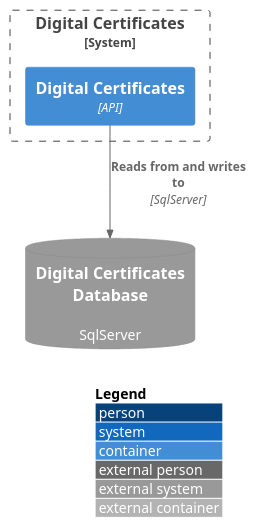
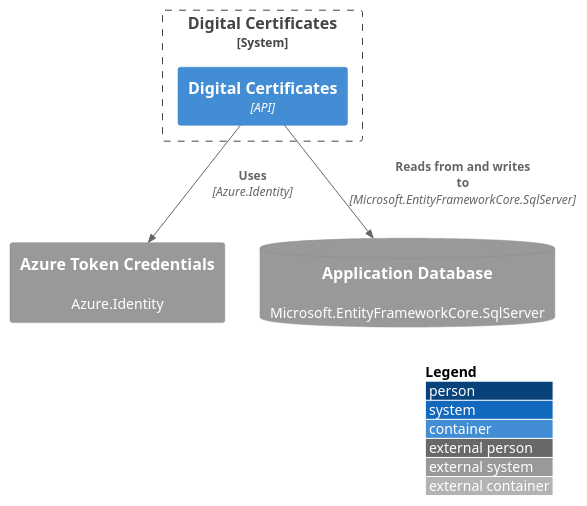
Before and after one commit to talentconsulting/service-catalogue-data: the diagram in das-digital-certification-api/service-dependencies/service-dependencies.puml, drawn with PlantUML. The commit also changed 22 other files, not shown here.

```diff
--- a/das-digital-certification-api/service-dependencies/service-dependencies.puml
+++ b/das-digital-certification-api/service-dependencies/service-dependencies.puml
@@ -1,13 +1,15 @@
 @startuml
 !include https://raw.githubusercontent.com/plantuml-stdlib/C4-PlantUML/master/C4_Container.puml
 LAYOUT_WITH_LEGEND()
 
 System_Boundary(sys_SkillsFundingAgency_das_digital_certification_api, "Digital Certificates") {
   Container(c_digital_certificates, "Digital Certificates", "API")
 }
 
-SystemDb_Ext(d_database_digital_certificates_database, "Digital Certificates Database", "SqlServer")
+System_Ext(d_cloud_service_azure_token_credentials, "Azure Token Credentials", "Azure.Identity")
+SystemDb_Ext(d_database_application_database, "Application Database", "Microsoft.EntityFrameworkCore.SqlServer")
 
-Rel(c_digital_certificates, d_database_digital_certificates_database, "Reads from and writes to", "SqlServer")
+Rel(c_digital_certificates, d_cloud_service_azure_token_credentials, "Uses", "Azure.Identity")
+Rel(c_digital_certificates, d_database_application_database, "Reads from and writes to", "Microsoft.EntityFrameworkCore.SqlServer")
 
 @enduml
```
